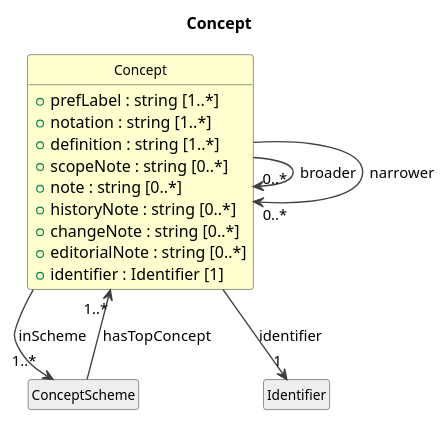
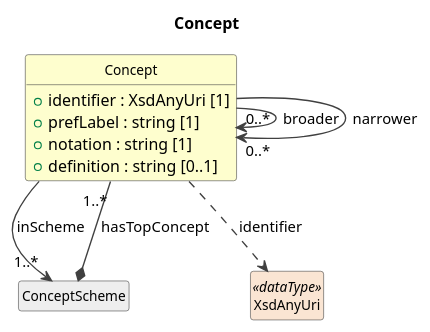
One commit to Cross-Domain-Interoperability-Framework/metadataBuildingBlocks changed the diagram in cdif-uml-model/_plantuml/cdifCodelist/Classes/Concept.pu. Above: the diagram before and after it, drawn with PlantUML. The commit also changed 156 other files, not shown here.

First line of the commit message:
cdif-uml-model: regenerated CDIFCodelist (schema-aligned attributes)

```diff
--- a/cdif-uml-model/_plantuml/cdifCodelist/Classes/Concept.pu
+++ b/cdif-uml-model/_plantuml/cdifCodelist/Classes/Concept.pu
@@ -1,32 +1,27 @@
 @startuml
 title Concept
 hide circle
 hide empty members
 skinparam shadowing false
 skinparam ArrowThickness 1.2
 skinparam class {
   ArrowColor #404040
   BorderColor #404040
   FontSize 12
 }
 
 class "Concept" as Concept #FEFECE {
-  +prefLabel : string [1..*]
-  +notation : string [1..*]
-  +definition : string [1..*]
-  +scopeNote : string [0..*]
-  +note : string [0..*]
-  +historyNote : string [0..*]
-  +changeNote : string [0..*]
-  +editorialNote : string [0..*]
-  +identifier : Identifier [1]
+  +identifier : XsdAnyUri [1]
+  +prefLabel : string [1]
+  +notation : string [1]
+  +definition : string [0..1]
 }
 class "ConceptScheme" as ConceptScheme #EEEEEE
-ConceptScheme --> "1..*" Concept : hasTopConcept
+ConceptScheme *-- "1..*" Concept : hasTopConcept
 Concept --> "1..*" ConceptScheme : inScheme
 Concept --> "0..*" Concept : broader
 Concept --> "0..*" Concept : narrower
-class "Identifier" as Identifier #EEEEEE
-Concept --> "1" Identifier : identifier
+class "XsdAnyUri" as XsdAnyUri <<dataType>> #FAE5D3
+Concept ..> XsdAnyUri : identifier
 
 @enduml
```
